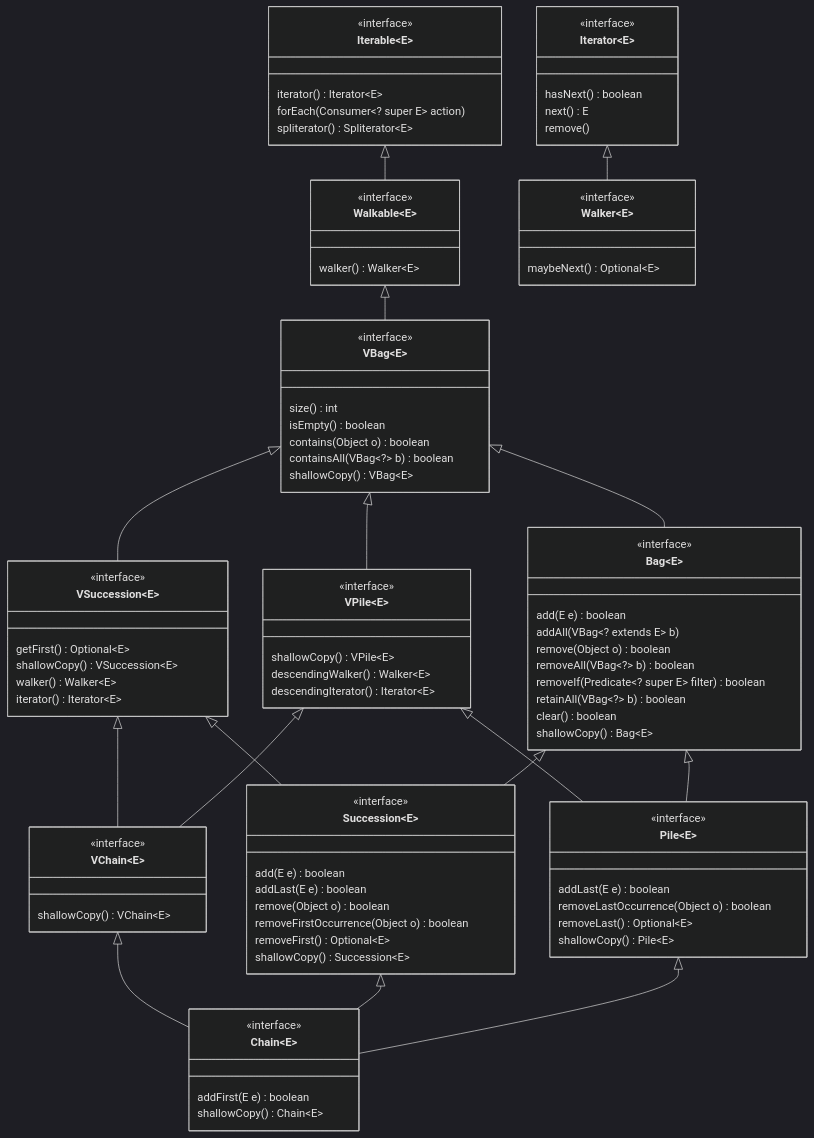
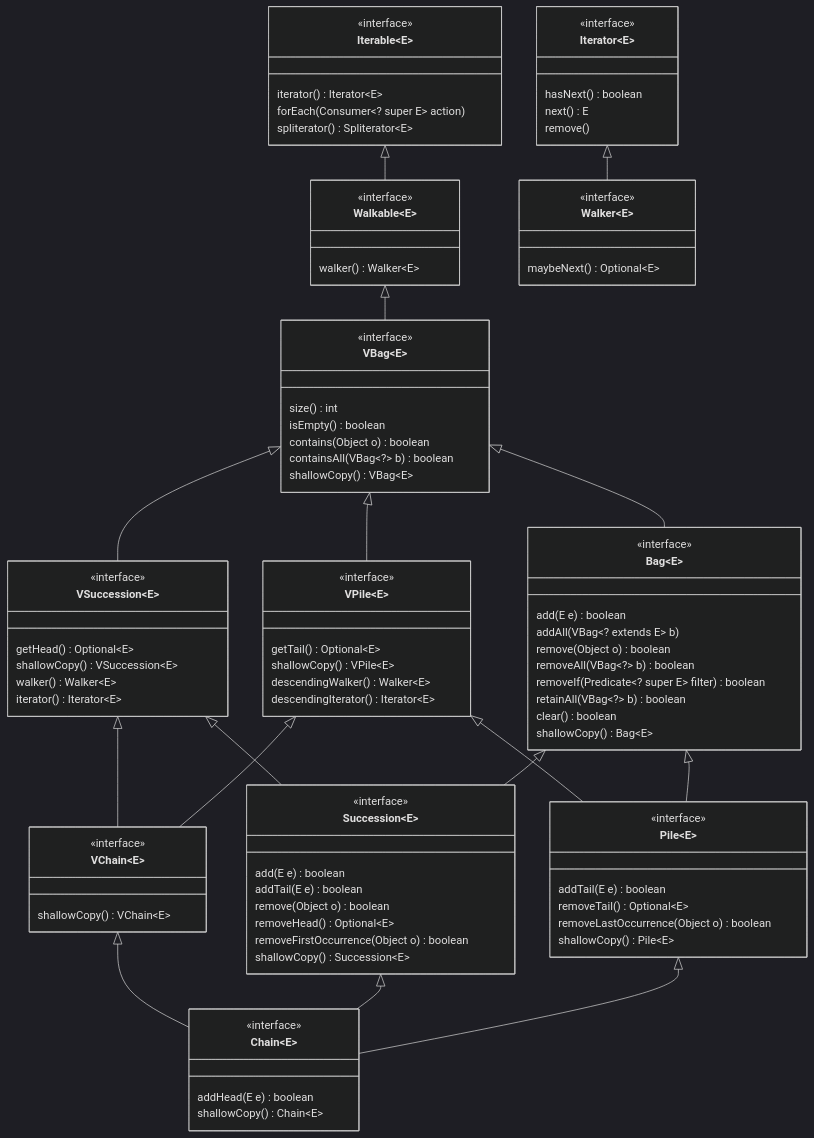
The diagram in collections/diagram.md (JacksonBailey/wheel), drawn with Mermaid (dark theme) before and after one commit. The commit also changed 8 other files, not shown here.

Commit message:
Rename first/last to head/tail and add contracts

````diff
--- a/collections/diagram.md
+++ b/collections/diagram.md
@@ -55,7 +55,7 @@
 
 class VSuccession~E~ {
 <<interface>>
-getFirst() Optional~E~
+getHead() Optional~E~
 shallowCopy() VSuccession~E~
 walker() Walker~E~
 iterator() Iterator~E~
@@ -63,6 +63,7 @@
 
 class VPile~E~ {
 <<interface>>
+getTail() Optional~E~
 shallowCopy() VPile~E~
 descendingWalker() Walker~E~
 descendingIterator() Iterator~E~
@@ -88,24 +89,24 @@
 class Succession~E~ {
 <<interface>>
 add(E e) boolean
-addLast(E e) boolean
+addTail(E e) boolean
 remove(Object o) boolean
+removeHead() Optional~E~
 removeFirstOccurrence(Object o) boolean
-removeFirst() Optional~E~
 shallowCopy() Succession~E~
 }
 
 class Pile~E~ {
 <<interface>>
-addLast(E e) boolean
+addTail(E e) boolean
+removeTail() Optional~E~
 removeLastOccurrence(Object o) boolean
-removeLast() Optional~E~
 shallowCopy() Pile~E~
 }
 
 class Chain~E~ {
 <<interface>>
-addFirst(E e) boolean
+addHead(E e) boolean
 shallowCopy() Chain~E~
 }
 ```
````
